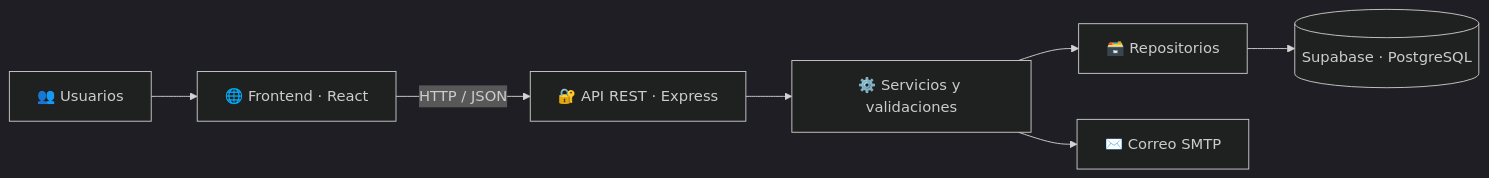
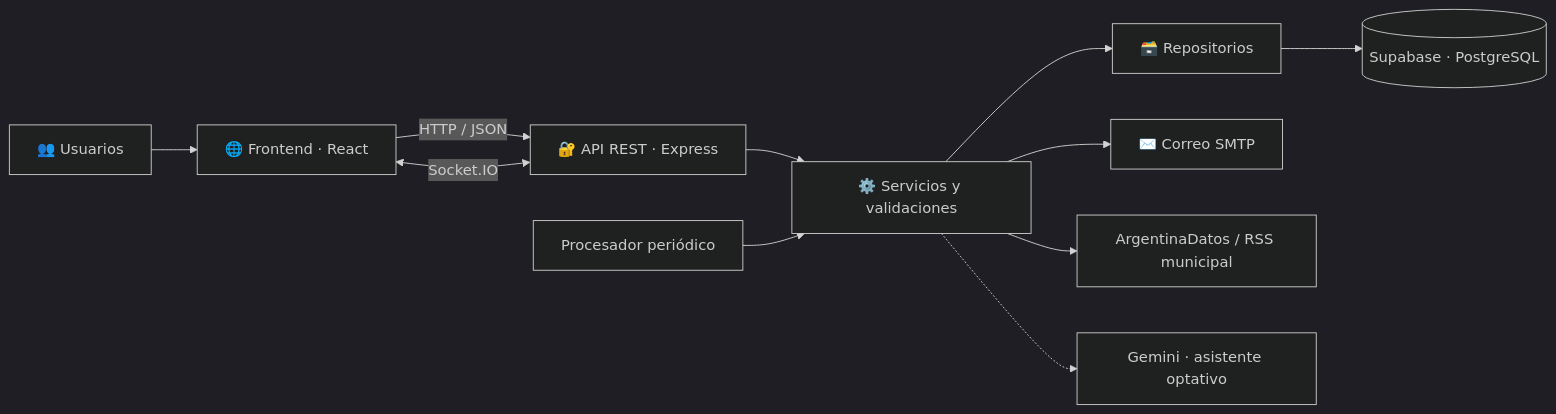
Before and after one commit to Arhiell/SAPS_Turno: the diagram in README.md, drawn with Mermaid (dark theme). The commit also changed other lines of this file, not shown here.

````diff
--- a/README.md
+++ b/README.md
@@ -190,9 +272,13 @@
 ```mermaid
 flowchart LR
     U["👥 Usuarios"] --> F["🌐 Frontend · React"]
     F -->|"HTTP / JSON"| A["🔐 API REST · Express"]
     A --> S["⚙️ Servicios y validaciones"]
     S --> R["🗃️ Repositorios"]
     R --> D[("Supabase · PostgreSQL")]
     S --> M["✉️ Correo SMTP"]
+    A <-->|"Socket.IO"| F
+    W["Procesador periódico"] --> S
+    S --> E["ArgentinaDatos / RSS municipal"]
+    S -.-> G["Gemini · asistente optativo"]
 ```
````
